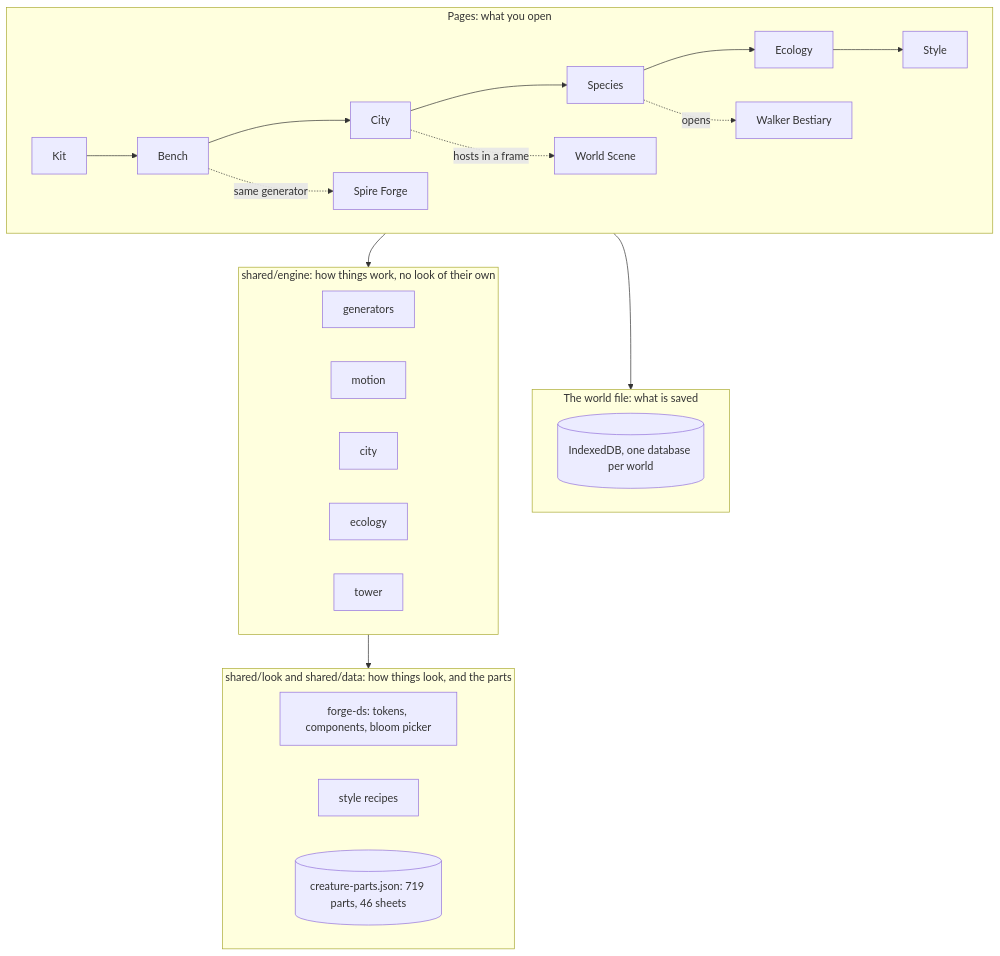
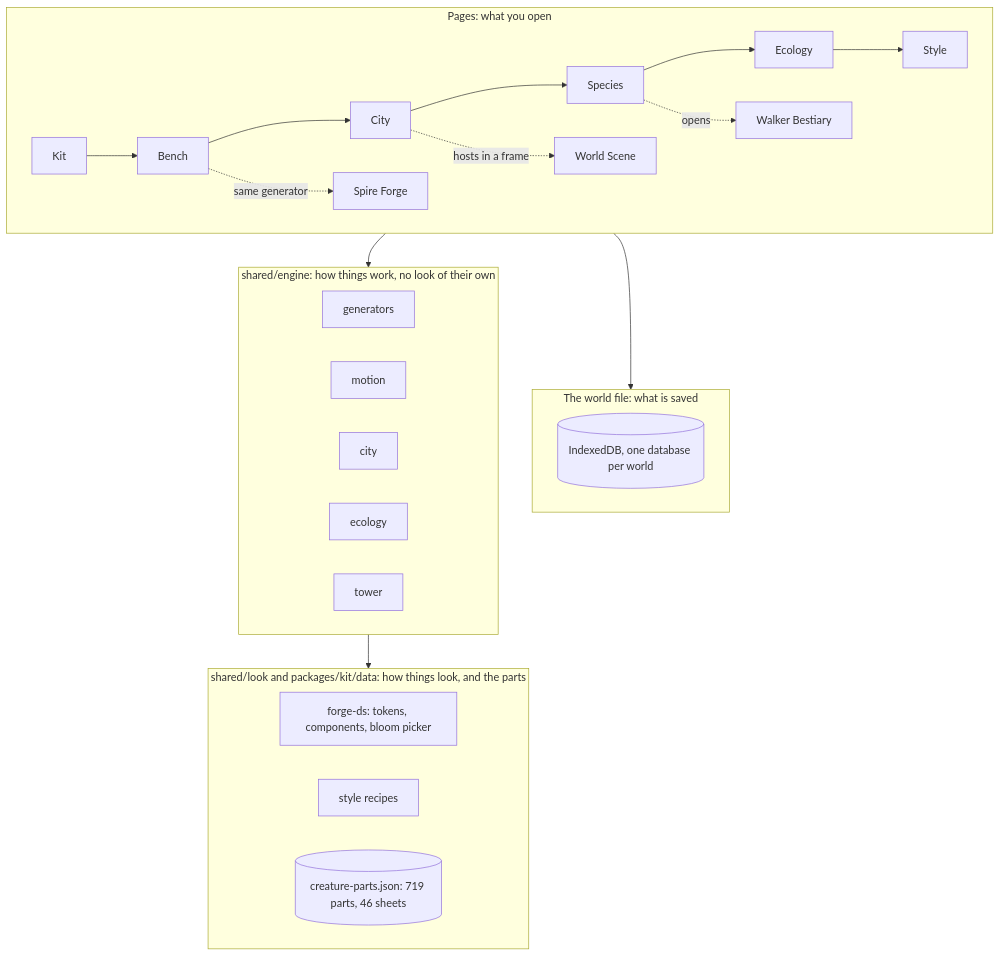
One commit to issacting93/interactions_library changed the first of 8 diagrams in docs/forge-system.md. Above: the diagram before and after it, drawn with Mermaid. The commit also changed other lines of this file and 487 other files, not shown here.

````diff
--- a/docs/forge-system.md
+++ b/docs/forge-system.md
@@ -53,33 +53,33 @@
 ```mermaid
 flowchart TB
   subgraph PAGES["Pages: what you open"]
     direction LR
     KIT[Kit] --> BENCH[Bench] --> CITY[City] --> SPECIES[Species] --> ECO[Ecology] --> STYLE[Style]
     BEST[Walker Bestiary]
     SPIRE[Spire Forge]
     WS[World Scene]
   end
   subgraph STORE["The world file: what is saved"]
     DB[(IndexedDB, one database per world)]
   end
   subgraph ENGINE["shared/engine: how things work, no look of their own"]
     direction LR
     GEN[generators]
     MOTION[motion]
     CITYE[city]
     ECOE[ecology]
     TOWER[tower]
   end
-  subgraph LOOK["shared/look and shared/data: how things look, and the parts"]
+  subgraph LOOK["shared/look and packages/kit/data: how things look, and the parts"]
     direction LR
     DS[forge-ds: tokens, components, bloom picker]
     RECIPES[style recipes]
     PARTS[(creature-parts.json: 719 parts, 46 sheets)]
   end
   PAGES --> STORE
   PAGES --> ENGINE
   ENGINE --> LOOK
   CITY -. hosts in a frame .-> WS
   BENCH -. same generator .-> SPIRE
   SPECIES -. opens .-> BEST
 ```
````
